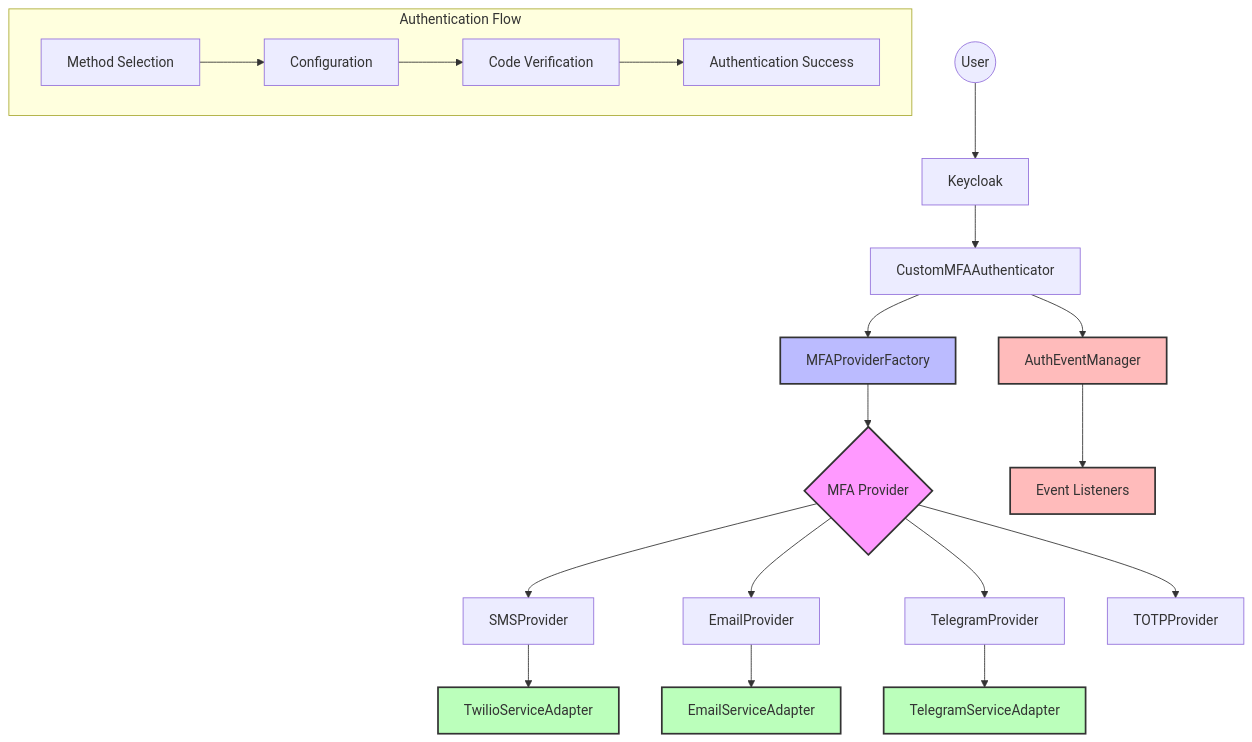
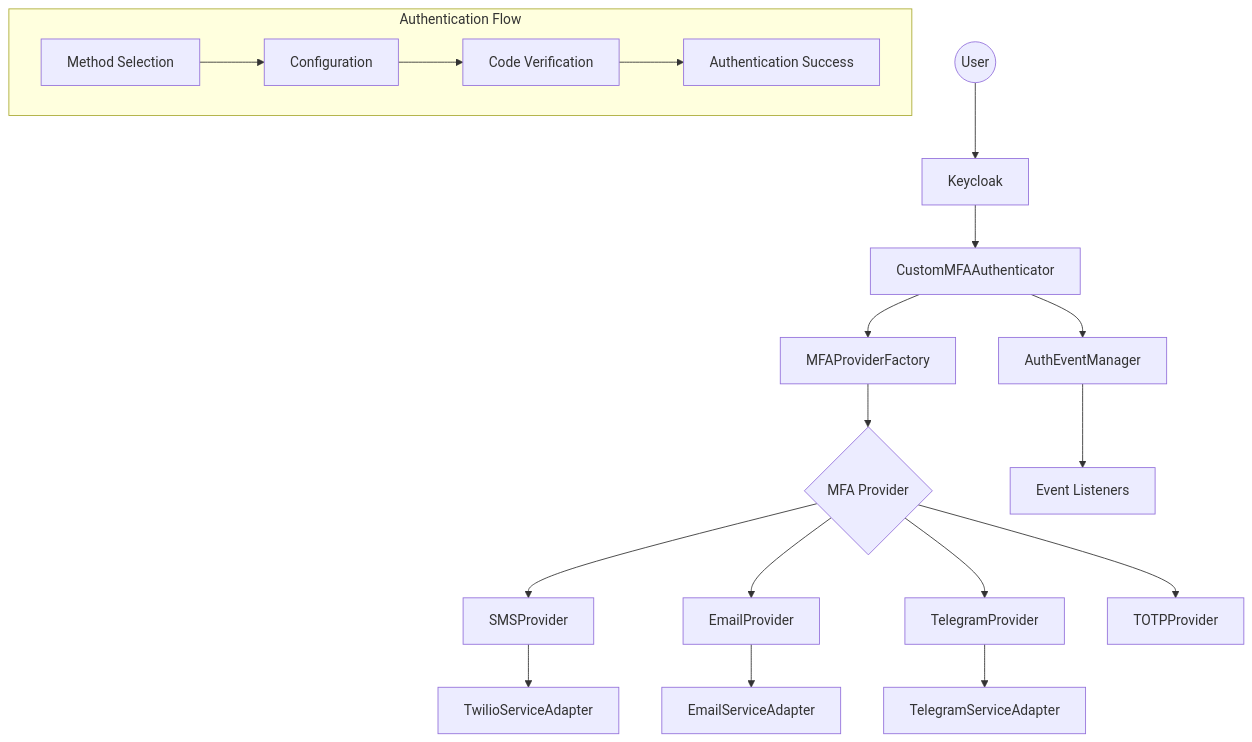
The first of 3 diagrams in README.md (shreyasY2k/KeycloakMultiMFA), drawn with Mermaid before and after one commit. The commit also changed other lines of this file, not shown here.

````diff
--- a/README.md
+++ b/README.md
@@ -7,34 +7,26 @@
 ```mermaid
 graph TD
     User((User)) --> KC[Keycloak]
     KC --> Auth[CustomMFAAuthenticator]
     
     Auth --> Factory[MFAProviderFactory]
     Factory --> Provider{MFA Provider}
     
     Provider --> SMS[SMSProvider]
     Provider --> Email[EmailProvider]
     Provider --> Telegram[TelegramProvider]
     Provider --> TOTP[TOTPProvider]
     
     SMS --> Twilio[TwilioServiceAdapter]
     Email --> EmailService[EmailServiceAdapter]
     Telegram --> TelegramBot[TelegramServiceAdapter]
     
     Auth --> EventMgr[AuthEventManager]
     EventMgr --> Listeners[Event Listeners]
     
     subgraph Flow[Authentication Flow]
         Select[Method Selection] --> Config[Configuration]
         Config --> Verify[Code Verification]
         Verify --> Success[Authentication Success]
     end
-    
-    style Provider fill:#f9f,stroke:#333,stroke-width:2px
-    style Factory fill:#bbf,stroke:#333,stroke-width:2px
-    style Twilio fill:#bfb,stroke:#333,stroke-width:2px
-    style EmailService fill:#bfb,stroke:#333,stroke-width:2px
-    style TelegramBot fill:#bfb,stroke:#333,stroke-width:2px
-    style EventMgr fill:#fbb,stroke:#333,stroke-width:2px
-    style Listeners fill:#fbb,stroke:#333,stroke-width:2px
 ```
````
